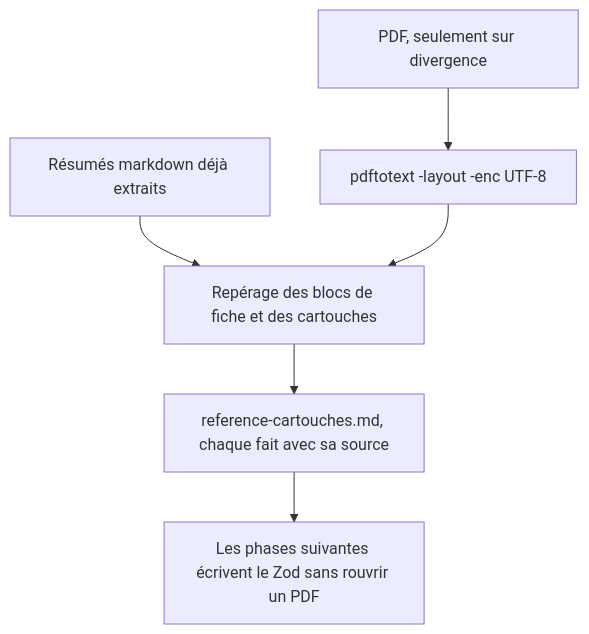
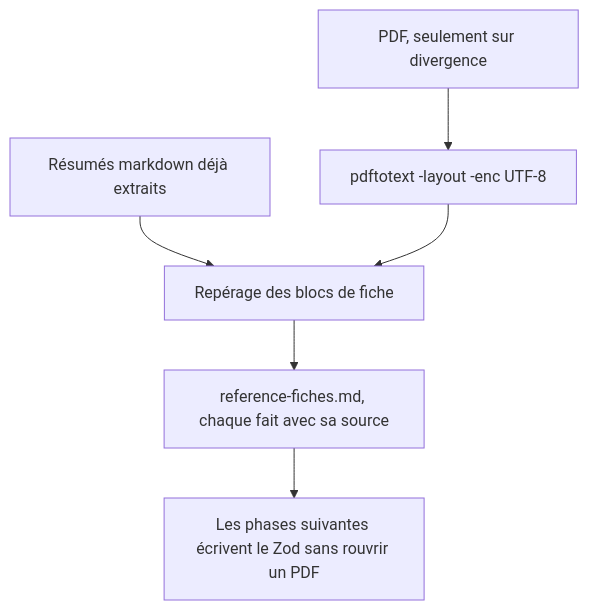
Before and after one commit to RebelliousSmile/schema-adrenaline: the diagram in aidd_docs/tasks/2026_09/2026_09_08_schemas-personnages-adrenaline/phase-1.md, drawn with Mermaid. The commit also changed other lines of this file and 65 other files, not shown here.

````diff
--- a/aidd_docs/tasks/2026_09/2026_09_08_schemas-personnages-adrenaline/phase-1.md
+++ b/aidd_docs/tasks/2026_09/2026_09_08_schemas-personnages-adrenaline/phase-1.md
@@ -19,8 +19,8 @@
 ```mermaid
 flowchart TD
-  A[Résumés markdown déjà extraits] --> C[Repérage des blocs de fiche et des cartouches]
+  A[Résumés markdown déjà extraits] --> C[Repérage des blocs de fiche]
   Z[PDF, seulement sur divergence] --> B[pdftotext -layout -enc UTF-8]
   B --> C
-  C --> D[reference-cartouches.md, chaque fait avec sa source]
+  C --> D[reference-fiches.md, chaque fait avec sa source]
   D --> E[Les phases suivantes écrivent le Zod sans rouvrir un PDF]
 ```
````
